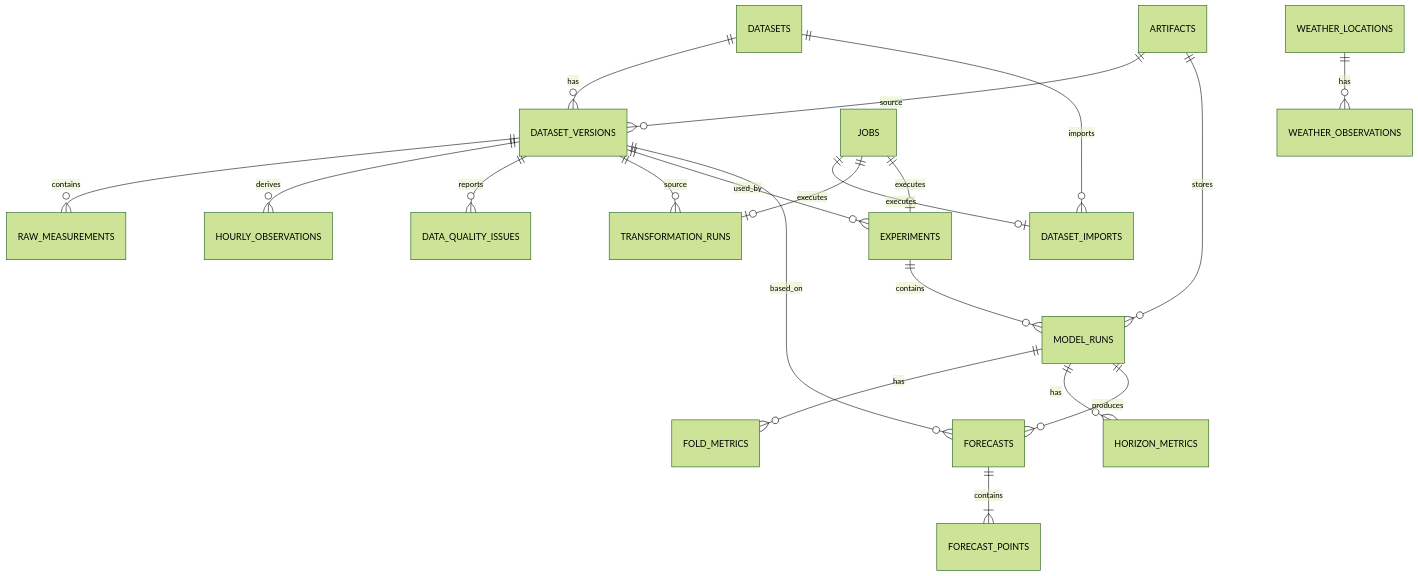
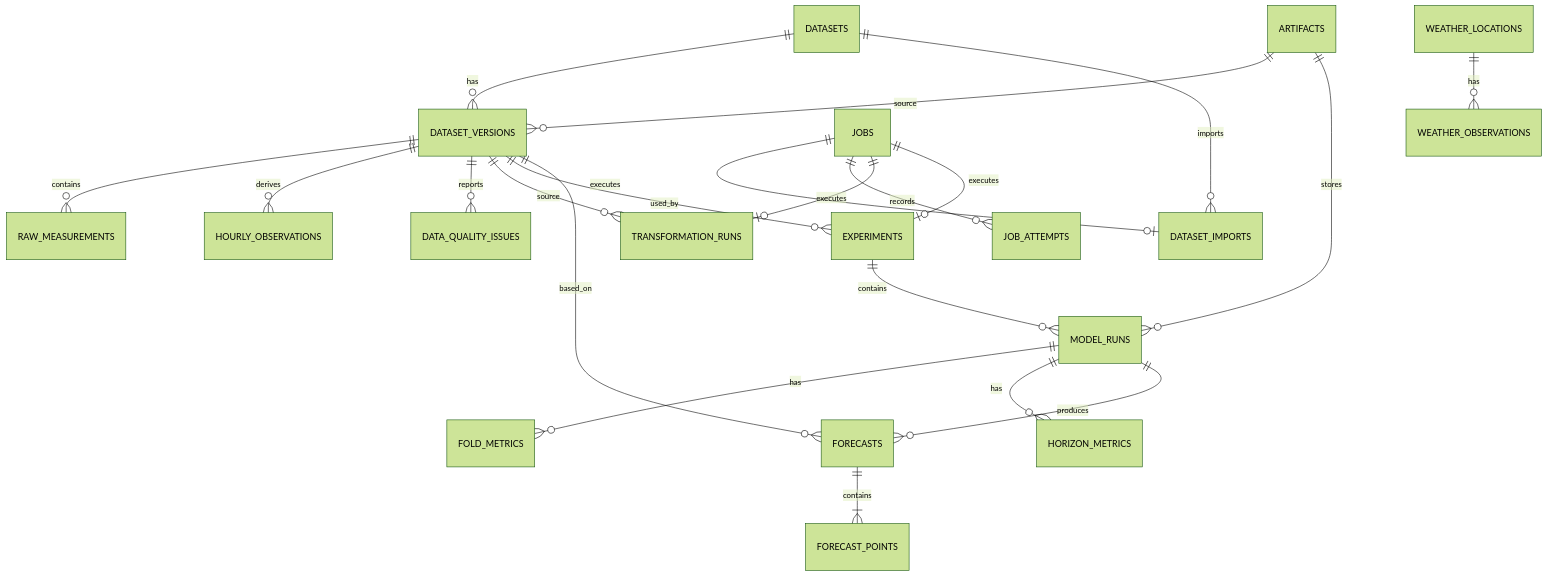
The diagram in docs/diagrams/06-er-model.mmd (sashkotenk/energy-consumption-forecasting-system), drawn with Mermaid (forest theme) before and after one commit. The commit also changed 31 other files, not shown here.

```diff
--- a/docs/diagrams/06-er-model.mmd
+++ b/docs/diagrams/06-er-model.mmd
@@ -1,20 +1,21 @@
 erDiagram
     DATASETS ||--o{ DATASET_VERSIONS : has
     DATASET_VERSIONS ||--o{ RAW_MEASUREMENTS : contains
     DATASET_VERSIONS ||--o{ HOURLY_OBSERVATIONS : derives
     DATASET_VERSIONS ||--o{ DATA_QUALITY_ISSUES : reports
     ARTIFACTS ||--o{ DATASET_VERSIONS : source
     DATASETS ||--o{ DATASET_IMPORTS : imports
     JOBS ||--o| DATASET_IMPORTS : executes
+    JOBS ||--o{ JOB_ATTEMPTS : records
     DATASET_VERSIONS ||--o{ TRANSFORMATION_RUNS : source
     JOBS ||--o| TRANSFORMATION_RUNS : executes
     DATASET_VERSIONS ||--o{ EXPERIMENTS : used_by
     JOBS ||--o| EXPERIMENTS : executes
     EXPERIMENTS ||--o{ MODEL_RUNS : contains
     MODEL_RUNS ||--o{ FOLD_METRICS : has
     MODEL_RUNS ||--o{ HORIZON_METRICS : has
     ARTIFACTS ||--o{ MODEL_RUNS : stores
     MODEL_RUNS ||--o{ FORECASTS : produces
     DATASET_VERSIONS ||--o{ FORECASTS : based_on
     FORECASTS ||--|{ FORECAST_POINTS : contains
     WEATHER_LOCATIONS ||--o{ WEATHER_OBSERVATIONS : has
```
